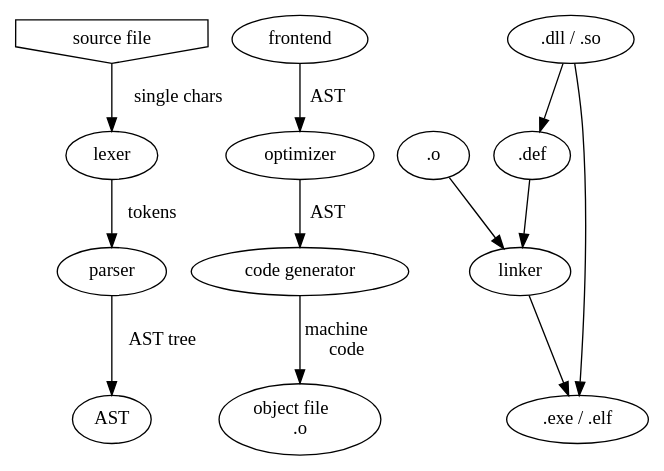
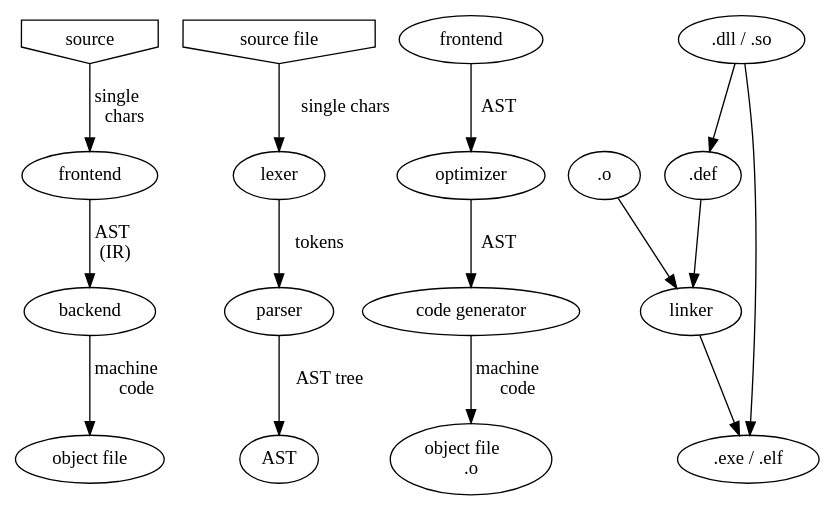
Before and after one commit to ponyatov/Y: the diagram in doc/fig/compiler.dot, drawn with Graphviz. The commit also changed 13 other files, not shown here.

```diff
--- a/doc/fig/compiler.dot
+++ b/doc/fig/compiler.dot
@@ -1,25 +1,32 @@
 digraph {
+
+subgraph {
+source [shape=invhouse];
+source -> frontend [label="  single\lchars"];
+frontend -> backend [label="  AST\l(IR)"];
+backend -> "object file" [label="  machine\lcode"];
+}
 
 subgraph frontend { label=frontend; 
 
 "source file" [shape=invhouse];
 "source file" -> lexer [label="  single chars"];
 lexer -> parser [label="  tokens"];
 parser -> "AST" [label="  AST tree"]; 
 }
 
 subgraph backend { label=backend;
 
-frontend -> "optimizer" -> "code generator" [label="  AST"];
+" frontend" -> optimizer -> "code generator" [label="  AST"];
 "code generator" -> "object file\l.o" [label="  machine\lcode"];
  
 }
 
 subgraph { label=linker;
 ".o" -> linker;
 ".dll / .so" -> ".def" -> linker;
 linker -> ".exe / .elf";
 ".dll / .so" -> ".exe / .elf";
 }
 
 }
```
